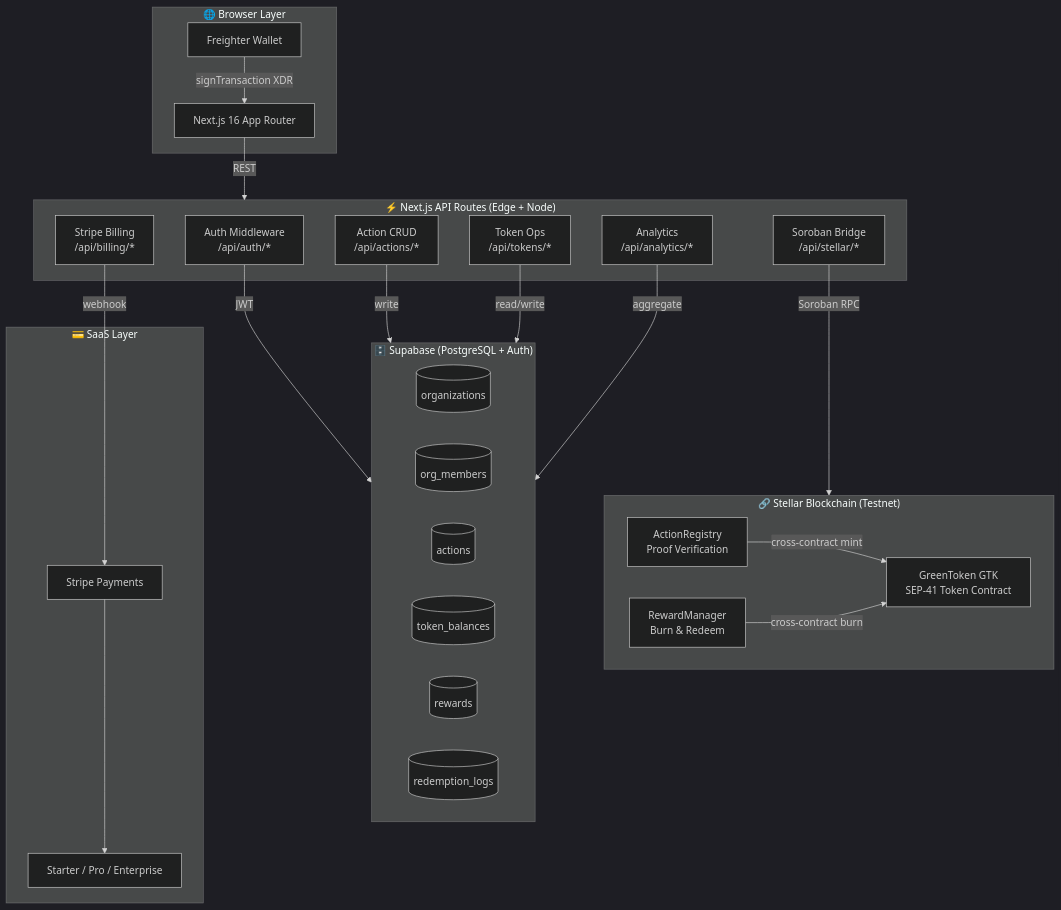
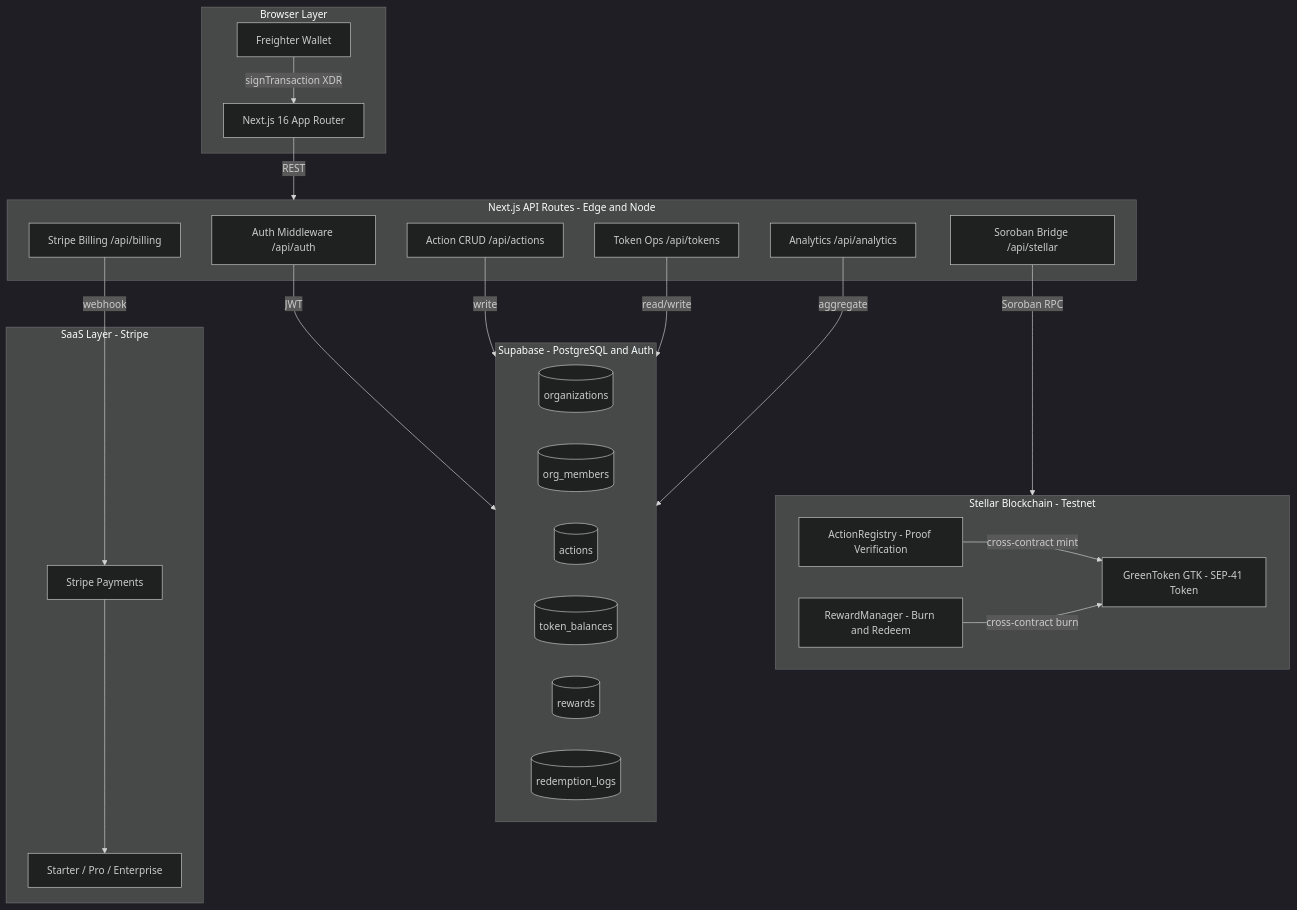
Before and after one commit to mokwathedeveloper/Community-GreenToken: the diagram in README.md, drawn with Mermaid (dark theme).

Commit message:
fix(readme): repair broken Mermaid architecture diagram on GitHub
GitHub's Mermaid renderer does not support:
  - \n inside node labels (causes "Cannot read properties of undefined (reading 'render')")
  - Emojis inside subgraph title strings

Fixed by:
  - Removing \n from all node labels — replaced with plain text descriptions
  - Removing emojis from subgraph["..."] titles — using plain text labels
  - Keeping all edges, connections, and subgraph structure identical

````diff
--- a/README.md
+++ b/README.md
@@ -102,48 +102,48 @@
 ```mermaid
 flowchart TD
-    subgraph Browser["🌐 Browser Layer"]
+    subgraph Browser[Browser Layer]
         FW[Freighter Wallet]
         UI[Next.js 16 App Router]
     end
 
-    subgraph API["⚡ Next.js API Routes (Edge + Node)"]
-        AUTH[Auth Middleware\n/api/auth/*]
-        ACTIONS[Action CRUD\n/api/actions/*]
-        TOKENS[Token Ops\n/api/tokens/*]
-        BILLING[Stripe Billing\n/api/billing/*]
-        STELLAR_API[Soroban Bridge\n/api/stellar/*]
-        ANALYTICS[Analytics\n/api/analytics/*]
+    subgraph API[Next.js API Routes - Edge and Node]
+        AUTH[Auth Middleware /api/auth]
+        ACTIONS[Action CRUD /api/actions]
+        TOKENS[Token Ops /api/tokens]
+        BILLING[Stripe Billing /api/billing]
+        STELLAR_API[Soroban Bridge /api/stellar]
+        ANALYTICS[Analytics /api/analytics]
     end
 
-    subgraph Blockchain["🔗 Stellar Blockchain (Testnet)"]
-        GTK[GreenToken GTK\nSEP-41 Token Contract]
-        AR[ActionRegistry\nProof Verification]
-        RM[RewardManager\nBurn & Redeem]
+    subgraph Blockchain[Stellar Blockchain - Testnet]
+        GTK[GreenToken GTK - SEP-41 Token]
+        AR[ActionRegistry - Proof Verification]
+        RM[RewardManager - Burn and Redeem]
     end
 
-    subgraph DB["🗄️ Supabase (PostgreSQL + Auth)"]
+    subgraph DB[Supabase - PostgreSQL and Auth]
         ORGS[(organizations)]
         MEMBERS[(org_members)]
         ACTS[(actions)]
         BAL[(token_balances)]
         REWARDS[(rewards)]
         LEDGER[(redemption_logs)]
     end
 
-    subgraph SaaS["💳 SaaS Layer"]
+    subgraph SaaS[SaaS Layer - Stripe]
         STRIPE[Stripe Payments]
         PLANS[Starter / Pro / Enterprise]
     end
 
     FW -->|signTransaction XDR| UI
     UI -->|REST| API
     AUTH -->|JWT| DB
     ACTIONS -->|write| DB
     TOKENS -->|read/write| DB
     STELLAR_API -->|Soroban RPC| Blockchain
     AR -->|cross-contract mint| GTK
     RM -->|cross-contract burn| GTK
     BILLING -->|webhook| STRIPE
     STRIPE --> PLANS
     ANALYTICS -->|aggregate| DB
 ```
````
